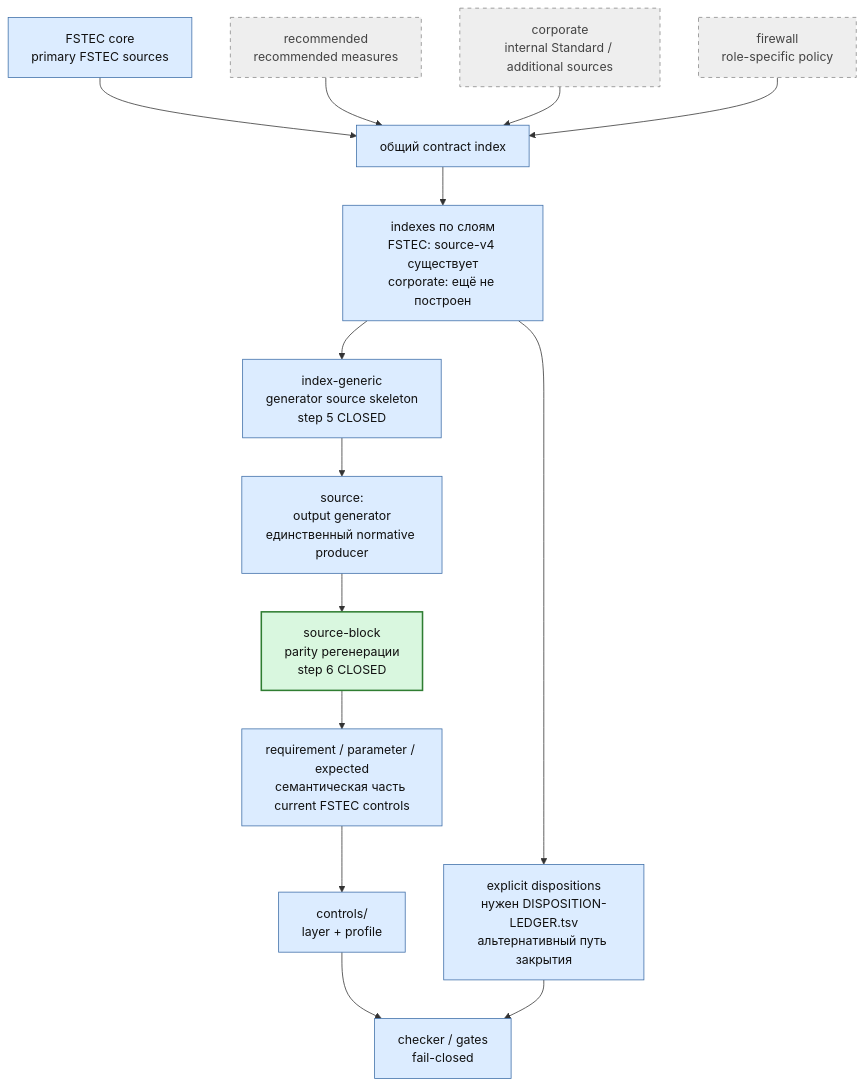
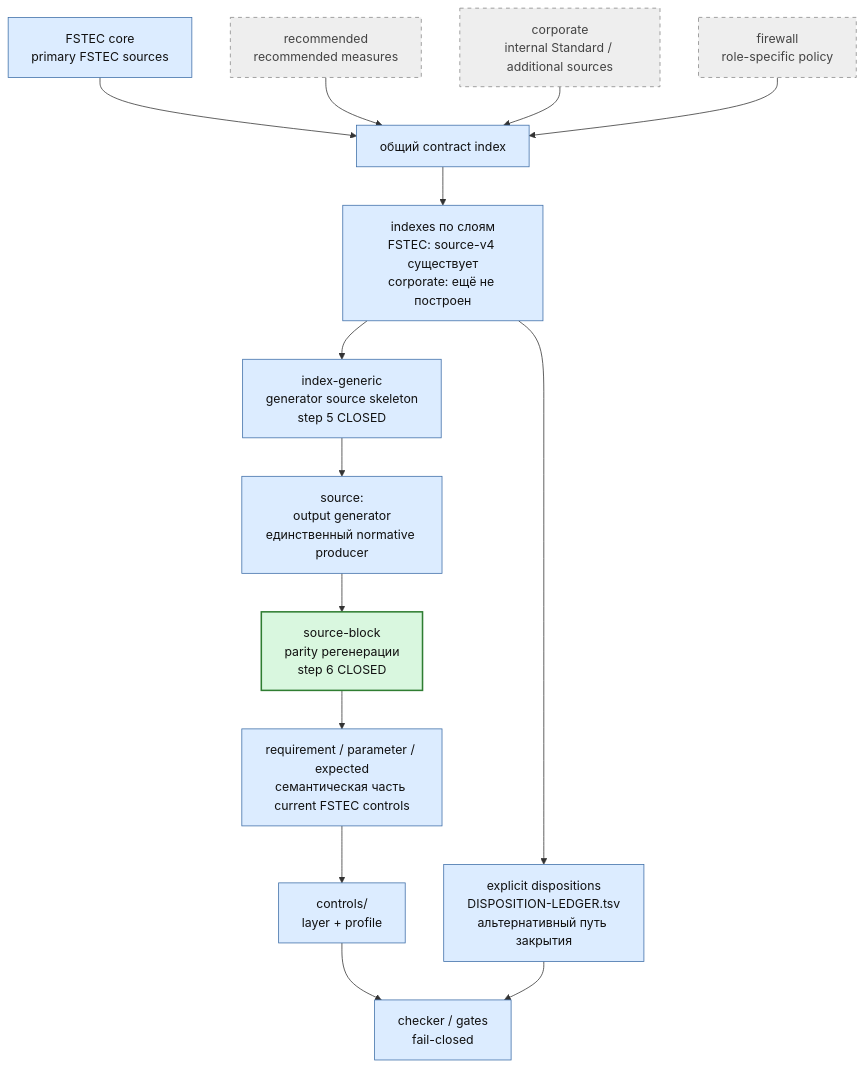
The second of 6 diagrams in docs/PROJECT-MAP-v3.md (rasav65/SecureLinux-Policy), drawn with Mermaid before and after one commit. The commit also changed other lines of this file and 18 other files, not shown here.

````diff
--- a/docs/PROJECT-MAP-v3.md
+++ b/docs/PROJECT-MAP-v3.md
@@ -174,28 +175,28 @@
 ```mermaid
 flowchart TB
     FSTEC["FSTEC core<br/>primary FSTEC sources"]:::component
     RECOMMENDED["recommended<br/>recommended measures"]:::future
     CORPORATE["corporate<br/>internal Standard / additional sources"]:::future
     FIREWALL["firewall<br/>role-specific policy"]:::future
 
     FSTEC --> CONTRACT["общий contract index"]:::component
     RECOMMENDED --> CONTRACT
     CORPORATE --> CONTRACT
     FIREWALL --> CONTRACT
 
     CONTRACT --> INDEXES["indexes по слоям<br/>FSTEC: source-v4 существует<br/>corporate: ещё не построен"]:::component
     INDEXES --> GENERATOR["index-generic<br/>generator source skeleton<br/>step 5 CLOSED"]:::component
     GENERATOR --> SOURCE["source:<br/>output generator<br/>единственный normative producer"]:::component
     SOURCE --> PARITY["source-block<br/>parity регенерации<br/>step 6 CLOSED"]:::closed
     PARITY --> SEM["requirement / parameter / expected<br/>семантическая часть current FSTEC controls"]:::component
     SEM --> CONTROLS["controls/<br/>layer + profile"]:::component
     CONTROLS --> CHECKER["checker / gates<br/>fail-closed"]:::component
 
-    DISP2["explicit dispositions<br/>нужен DISPOSITION-LEDGER.tsv<br/>альтернативный путь закрытия"]:::component
+    DISP2["explicit dispositions<br/>DISPOSITION-LEDGER.tsv<br/>альтернативный путь закрытия"]:::component
     INDEXES --> DISP2
     DISP2 --> CHECKER
 
     classDef closed fill:#d9f7df,stroke:#2f7d32,color:#111,stroke-width:2px;
     classDef component fill:#dcecff,stroke:#3e6ea8,color:#111;
     classDef future fill:#eeeeee,stroke:#888,color:#444,stroke-dasharray: 5 5;
 ```
````
